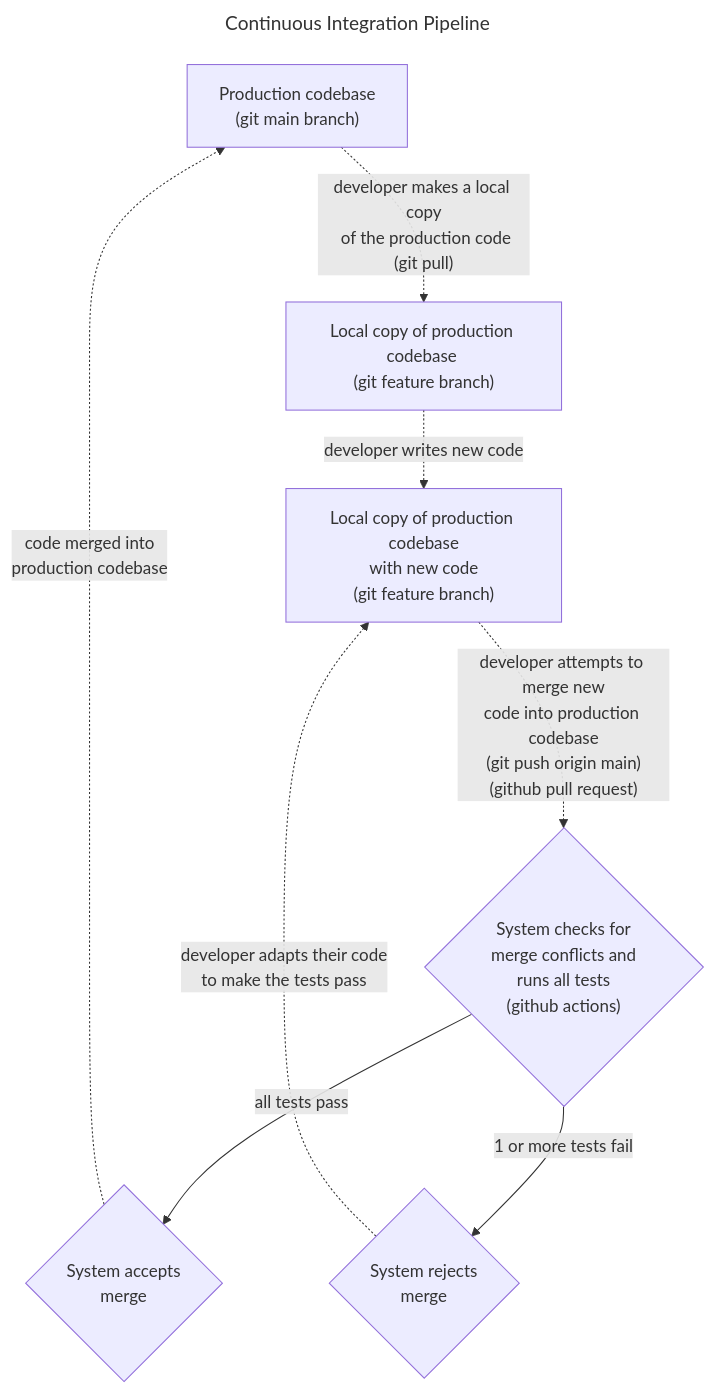
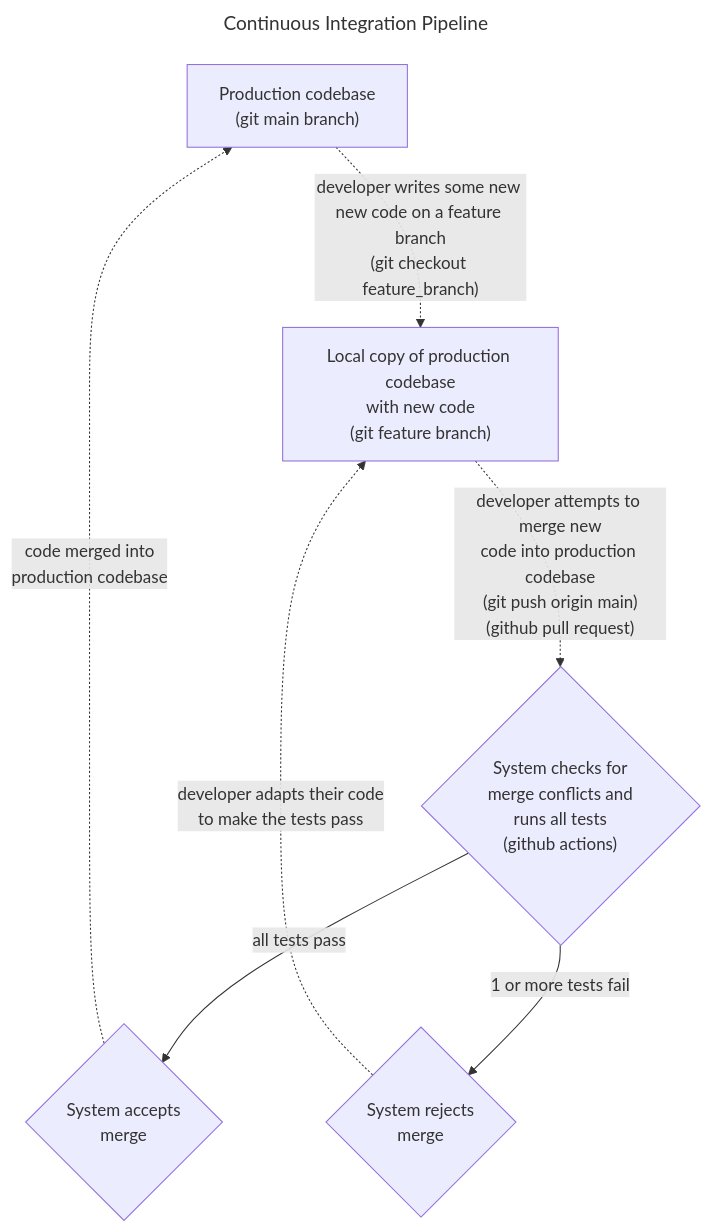
Before and after one commit to shanebarakat/python-github-ci-pipeline: the diagram in blog_post/tutorial.md, drawn with Mermaid. The commit also changed other lines of this file and 1 other file, not shown here.

````diff
--- a/blog_post/tutorial.md
+++ b/blog_post/tutorial.md
@@ -69,13 +70,12 @@
 ```mermaid
 ---
-title: Continuous Integration Pipeline
+title: Continuous Integration Pipeline 
 ---
 flowchart TD;
-    A["Production codebase <br>(git main branch)"] -. "developer makes a local copy<br> of the production code<br>(git pull)" .-> B["Local copy of production codebase <br>(git feature branch)"]
-    B -. "developer writes new code" .-> C["Local copy of production codebase<br>with new code<br>(git feature branch)"]
+    A["Production codebase <br>(git main branch)"] -. "developer writes some new <br>new code on a feature branch<br>(git checkout feature_branch)" .-> C["Local copy of production codebase<br>with new code<br>(git feature branch)"]
     C -. "developer attempts to merge new<br>code into production codebase<br>(git push origin main)<br>(github pull request)" .-> D{"System checks for<br>merge conflicts and<br>runs all tests<br>(github actions)"}
     D -- "all tests pass" --> E{System accepts <br>merge}
     E -. "code merged into<br>production codebase " .-> A
     D -- "1 or more tests fail" --> F{System rejects <br>merge}
     F -. "developer adapts their code<br>to make the tests pass" .-> C
 ```
````
